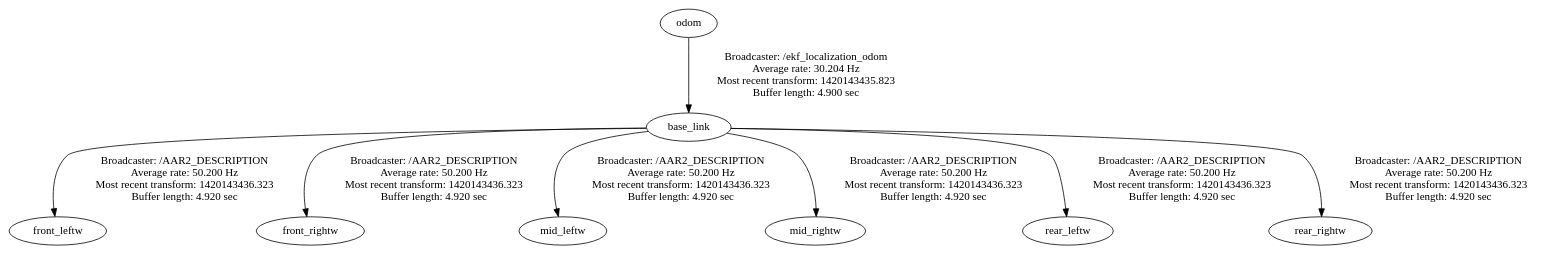
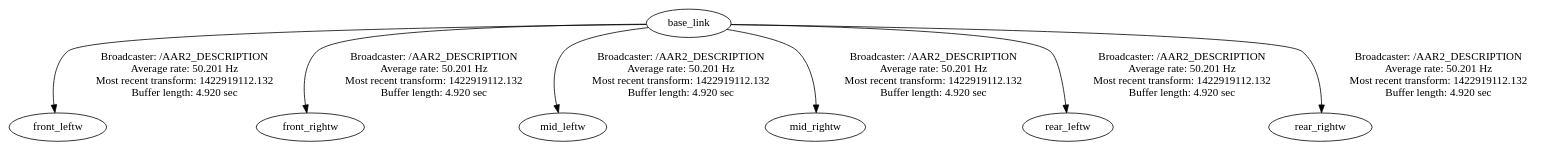
One commit to mars-uoit/aar2 changed the diagram in src/aar2_bringup/launch/sensors/frames.gv. Above: the diagram before and after it, drawn with Graphviz. The commit also changed 3 other files, not shown here.

```diff
--- a/src/aar2_bringup/launch/sensors/frames.gv
+++ b/src/aar2_bringup/launch/sensors/frames.gv
@@ -1,9 +1,8 @@
 digraph G {
-"base_link" -> "front_leftw"[label="Broadcaster: /AAR2_DESCRIPTION\nAverage rate: 50.200 Hz\nMost recent transform: 1420143436.323 \nBuffer length: 4.920 sec\n"];
-"odom" -> "base_link"[label="Broadcaster: /ekf_localization_odom\nAverage rate: 30.204 Hz\nMost recent transform: 1420143435.823 \nBuffer length: 4.900 sec\n"];
-"base_link" -> "front_rightw"[label="Broadcaster: /AAR2_DESCRIPTION\nAverage rate: 50.200 Hz\nMost recent transform: 1420143436.323 \nBuffer length: 4.920 sec\n"];
-"base_link" -> "mid_leftw"[label="Broadcaster: /AAR2_DESCRIPTION\nAverage rate: 50.200 Hz\nMost recent transform: 1420143436.323 \nBuffer length: 4.920 sec\n"];
-"base_link" -> "mid_rightw"[label="Broadcaster: /AAR2_DESCRIPTION\nAverage rate: 50.200 Hz\nMost recent transform: 1420143436.323 \nBuffer length: 4.920 sec\n"];
-"base_link" -> "rear_leftw"[label="Broadcaster: /AAR2_DESCRIPTION\nAverage rate: 50.200 Hz\nMost recent transform: 1420143436.323 \nBuffer length: 4.920 sec\n"];
-"base_link" -> "rear_rightw"[label="Broadcaster: /AAR2_DESCRIPTION\nAverage rate: 50.200 Hz\nMost recent transform: 1420143436.323 \nBuffer length: 4.920 sec\n"];
+"base_link" -> "front_leftw"[label="Broadcaster: /AAR2_DESCRIPTION\nAverage rate: 50.201 Hz\nMost recent transform: 1422919112.132 \nBuffer length: 4.920 sec\n"];
+"base_link" -> "front_rightw"[label="Broadcaster: /AAR2_DESCRIPTION\nAverage rate: 50.201 Hz\nMost recent transform: 1422919112.132 \nBuffer length: 4.920 sec\n"];
+"base_link" -> "mid_leftw"[label="Broadcaster: /AAR2_DESCRIPTION\nAverage rate: 50.201 Hz\nMost recent transform: 1422919112.132 \nBuffer length: 4.920 sec\n"];
+"base_link" -> "mid_rightw"[label="Broadcaster: /AAR2_DESCRIPTION\nAverage rate: 50.201 Hz\nMost recent transform: 1422919112.132 \nBuffer length: 4.920 sec\n"];
+"base_link" -> "rear_leftw"[label="Broadcaster: /AAR2_DESCRIPTION\nAverage rate: 50.201 Hz\nMost recent transform: 1422919112.132 \nBuffer length: 4.920 sec\n"];
+"base_link" -> "rear_rightw"[label="Broadcaster: /AAR2_DESCRIPTION\nAverage rate: 50.201 Hz\nMost recent transform: 1422919112.132 \nBuffer length: 4.920 sec\n"];
 }
```
